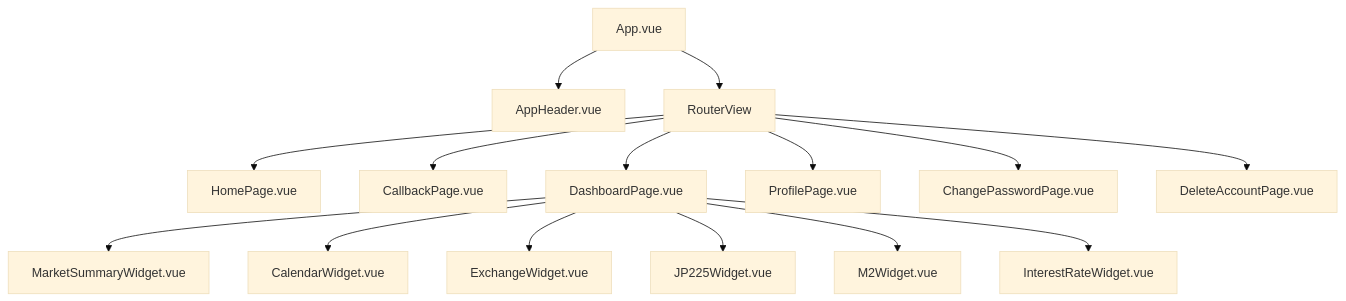
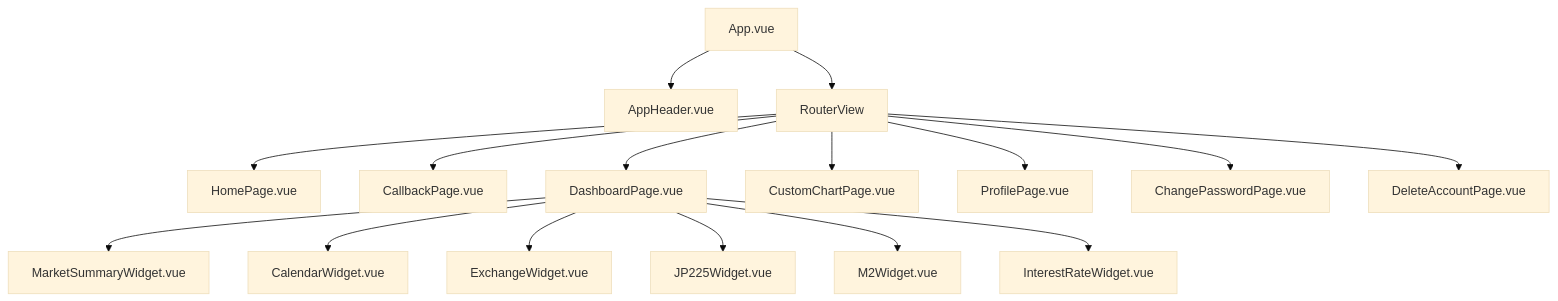
One commit to h-akira/FinanceDashboardProject2_Frontend changed the diagram in docs/component_design.md. Above: the diagram before and after it, drawn with Mermaid (base theme). The commit also changed other lines of this file and 2 other files, not shown here.

````diff
--- a/docs/component_design.md
+++ b/docs/component_design.md
@@ -11,20 +11,21 @@
 ```mermaid
 graph TD
   App["App.vue"]
   App --> Header["AppHeader.vue"]
   App --> Router["RouterView"]
 
   Router --> Home["HomePage.vue"]
   Router --> Callback["CallbackPage.vue"]
   Router --> Dashboard["DashboardPage.vue"]
+  Router --> CustomChart["CustomChartPage.vue"]
   Router --> Profile["ProfilePage.vue"]
   Router --> ChangePassword["ChangePasswordPage.vue"]
   Router --> DeleteAccount["DeleteAccountPage.vue"]
 
   Dashboard --> MarketSummary["MarketSummaryWidget.vue"]
   Dashboard --> Calendar["CalendarWidget.vue"]
   Dashboard --> Exchange["ExchangeWidget.vue"]
   Dashboard --> JP225["JP225Widget.vue"]
   Dashboard --> M2["M2Widget.vue"]
   Dashboard --> InterestRate["InterestRateWidget.vue"]
 ```
````
